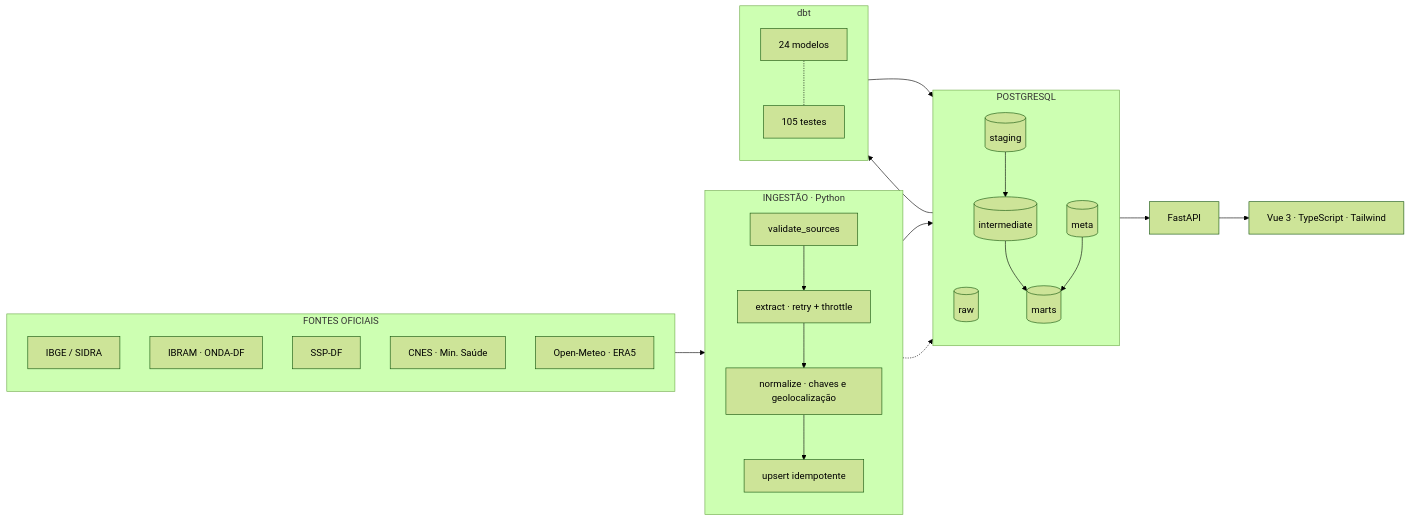
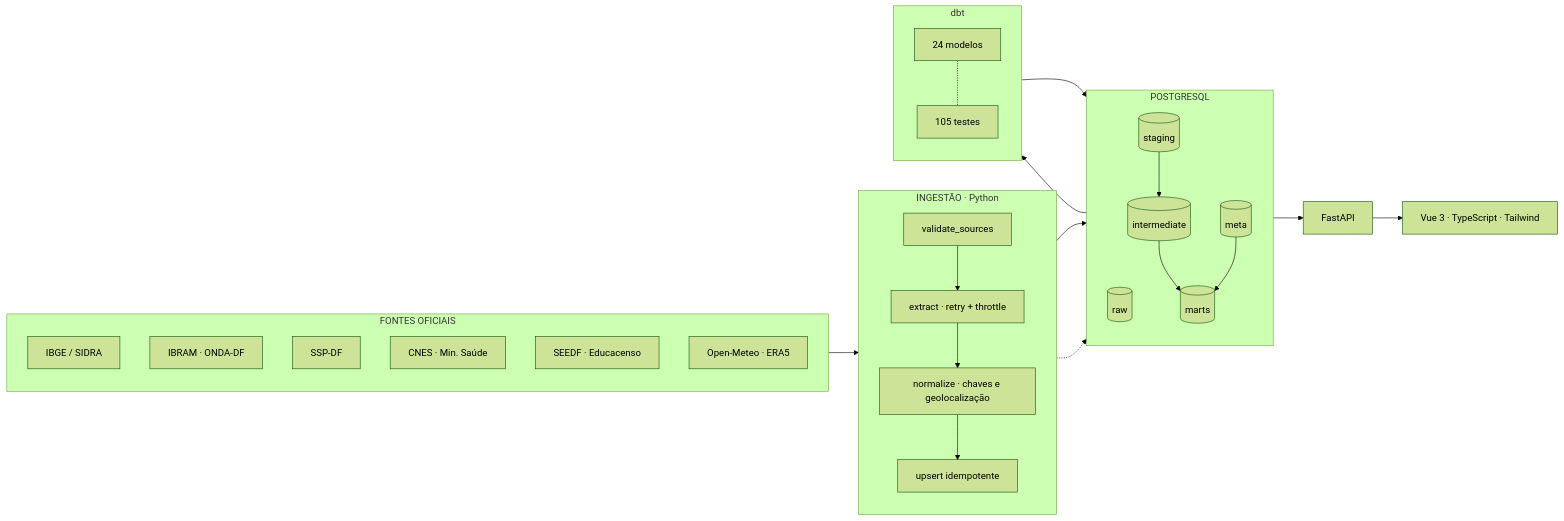
Before and after one commit to enzosouto/df-intelligence-bdi: the first of 2 diagrams in README.md, drawn with Mermaid (forest theme). The commit also changed other lines of this file and 1 other file, not shown here.

````diff
--- a/README.md
+++ b/README.md
@@ -55,44 +55,45 @@
 ```mermaid
 flowchart LR
     subgraph F["FONTES OFICIAIS"]
         direction TB
         A1["IBGE / SIDRA"]
         A2["IBRAM · ONDA-DF"]
         A3["SSP-DF"]
         A4["CNES · Min. Saúde"]
+        A6["SEEDF · Educacenso"]
         A5["Open-Meteo · ERA5"]
     end
 
     subgraph I["INGESTÃO · Python"]
         direction TB
         B1["validate_sources"]
         B2["extract · retry + throttle"]
         B3["normalize · chaves e geolocalização"]
         B4["upsert idempotente"]
     end
 
     subgraph P["POSTGRESQL"]
         direction TB
         C1[("raw")]
         C2[("staging")]
         C3[("intermediate")]
         C4[("marts")]
         C5[("meta")]
     end
 
     subgraph D["dbt"]
         direction TB
         E1["24 modelos"]
         E2["105 testes"]
     end
 
     G["FastAPI"]
     H["Vue 3 · TypeScript · Tailwind"]
 
     F --> B1 --> B2 --> B3 --> B4 --> C1
     B4 -.-> C5
     C1 --> E1 --> C2 --> C3 --> C4
     E1 -.- E2
     C5 --> C4
     C4 --> G --> H
 ```
````
